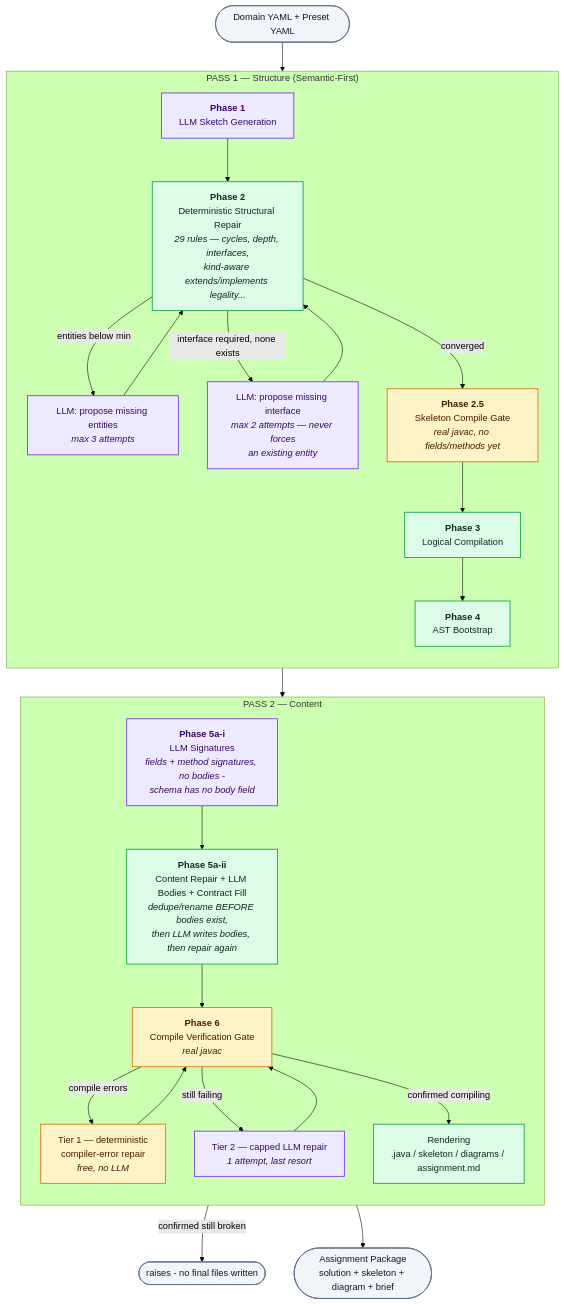
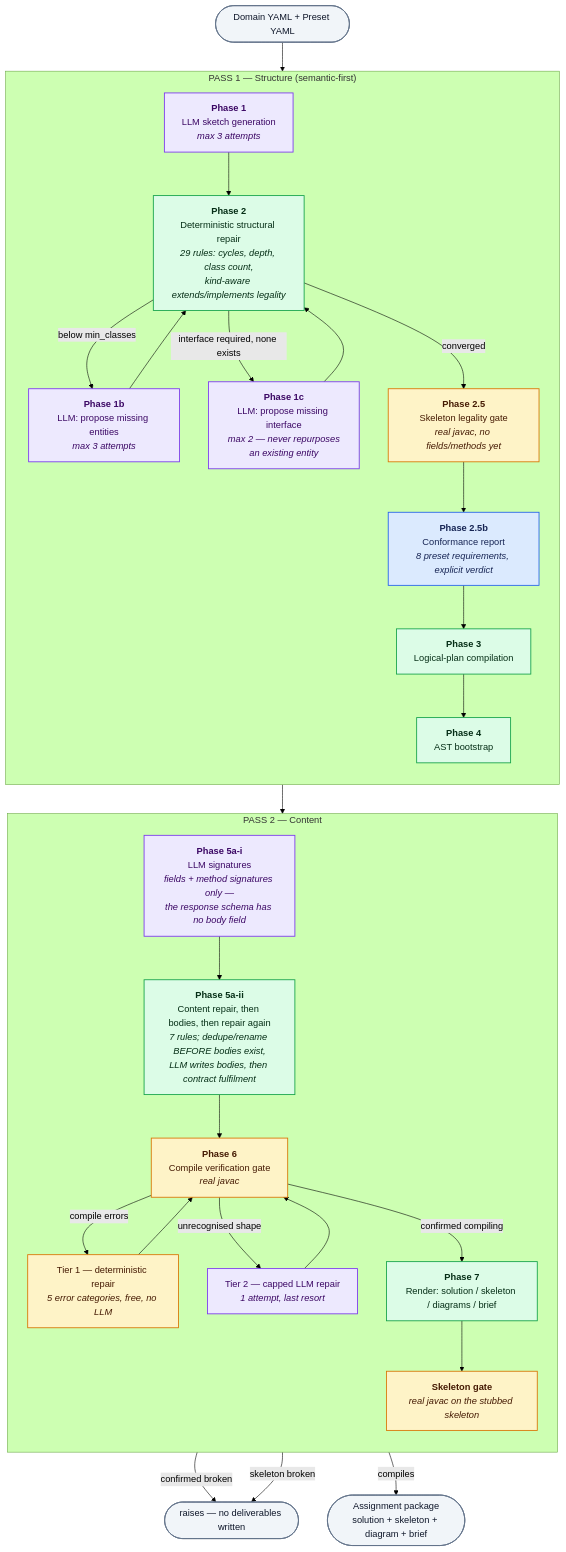
Before and after one commit to fwnguyen-kaiser/oop-assignment-generator: the diagram in README.md, drawn with Mermaid (forest theme). The commit also changed other lines of this file, not shown here.

````diff
--- a/README.md
+++ b/README.md
@@ -45,48 +50,52 @@
 ```mermaid
 flowchart TD
     Start(["Domain YAML + Preset YAML"]) --> P1
 
-    subgraph PASS1["PASS 1 — Structure (Semantic-First)"]
+    subgraph PASS1["PASS 1 — Structure (semantic-first)"]
         direction TB
-        P1["<b>Phase 1</b><br/>LLM Sketch Generation"]
-        P2["<b>Phase 2</b><br/>Deterministic Structural Repair<br/><i>29 rules — cycles, depth, interfaces,<br/>kind-aware extends/implements legality...</i>"]
-        P25["<b>Phase 2.5</b><br/>Skeleton Compile Gate<br/><i>real javac, no fields/methods yet</i>"]
-        P1b["LLM: propose missing entities<br/><i>max 3 attempts</i>"]
-        P1c["LLM: propose missing interface<br/><i>max 2 attempts — never forces<br/>an existing entity</i>"]
-        P3["<b>Phase 3</b><br/>Logical Compilation"]
-        P4["<b>Phase 4</b><br/>AST Bootstrap"]
+        P1["<b>Phase 1</b><br/>LLM sketch generation<br/><i>max 3 attempts</i>"]
+        P2["<b>Phase 2</b><br/>Deterministic structural repair<br/><i>29 rules: cycles, depth, class count,<br/>kind-aware extends/implements legality</i>"]
+        P1b["<b>Phase 1b</b><br/>LLM: propose missing entities<br/><i>max 3 attempts</i>"]
+        P1c["<b>Phase 1c</b><br/>LLM: propose missing interface<br/><i>max 2 — never repurposes<br/>an existing entity</i>"]
+        P25["<b>Phase 2.5</b><br/>Skeleton legality gate<br/><i>real javac, no fields/methods yet</i>"]
+        P25b["<b>Phase 2.5b</b><br/>Conformance report<br/><i>8 preset requirements, explicit verdict</i>"]
+        P3["<b>Phase 3</b><br/>Logical-plan compilation"]
+        P4["<b>Phase 4</b><br/>AST bootstrap"]
     end
 
     P1 --> P2
-    P2 -->|entities below min| P1b --> P2
+    P2 -->|below min_classes| P1b --> P2
     P2 -->|interface required, none exists| P1c --> P2
-    P2 -->|converged| P25 --> P3 --> P4
+    P2 -->|converged| P25 --> P25b --> P3 --> P4
 
     subgraph PASS2["PASS 2 — Content"]
         direction TB
-        P5ai["<b>Phase 5a-i</b><br/>LLM Signatures<br/><i>fields + method signatures, no bodies -<br/>schema has no body field</i>"]
-        P5aii["<b>Phase 5a-ii</b><br/>Content Repair + LLM Bodies + Contract Fill<br/><i>dedupe/rename BEFORE bodies exist,<br/>then LLM writes bodies, then repair again</i>"]
-        P6["<b>Phase 6</b><br/>Compile Verification Gate<br/><i>real javac</i>"]
-        T1["Tier 1 — deterministic<br/>compiler-error repair<br/><i>free, no LLM</i>"]
+        P5ai["<b>Phase 5a-i</b><br/>LLM signatures<br/><i>fields + method signatures only —<br/>the response schema has no body field</i>"]
+        P5aii["<b>Phase 5a-ii</b><br/>Content repair, then bodies, then repair again<br/><i>7 rules; dedupe/rename BEFORE bodies exist,<br/>LLM writes bodies, then contract fulfilment</i>"]
+        P6["<b>Phase 6</b><br/>Compile verification gate<br/><i>real javac</i>"]
+        T1["Tier 1 — deterministic repair<br/><i>5 error categories, free, no LLM</i>"]
         T2["Tier 2 — capped LLM repair<br/><i>1 attempt, last resort</i>"]
-        P7["Rendering<br/>.java / skeleton / diagrams / assignment.md"]
+        P7["<b>Phase 7</b><br/>Render: solution / skeleton / diagrams / brief"]
+        SG["<b>Skeleton gate</b><br/><i>real javac on the stubbed skeleton</i>"]
     end
 
     P4 --> P5ai --> P5aii --> P6
     P6 -->|compile errors| T1 --> P6
-    P6 -->|still failing| T2 --> P6
-    P6 -->|confirmed compiling| P7
-    P6 -->|confirmed still broken| Refuse(["raises - no final files written"])
-
-    P7 --> End(["Assignment Package<br/>solution + skeleton + diagram + brief"])
+    P6 -->|unrecognised shape| T2 --> P6
+    P6 -->|confirmed compiling| P7 --> SG
+    P6 -->|confirmed broken| Refuse(["raises — no deliverables written"])
+    SG -->|skeleton broken| Refuse
+    SG -->|compiles| End(["Assignment package<br/>solution + skeleton + diagram + brief"])
 
     classDef llm fill:#ede9fe,stroke:#7c3aed,color:#3b0764,stroke-width:1.5px;
     classDef code fill:#dcfce7,stroke:#16a34a,color:#052e16,stroke-width:1.5px;
     classDef gate fill:#fef3c7,stroke:#d97706,color:#451a03,stroke-width:1.5px;
+    classDef report fill:#dbeafe,stroke:#2563eb,color:#172554,stroke-width:1.5px;
     classDef endpoint fill:#f1f5f9,stroke:#64748b,color:#0f172a,stroke-width:1.5px;
 
     class P1,P1b,P1c,P5ai,T2 llm;
     class P2,P3,P4,P5aii,P7 code;
-    class P25,P6,T1 gate;
+    class P25,P6,T1,SG gate;
+    class P25b report;
     class Start,End,Refuse endpoint;
 ```
````
